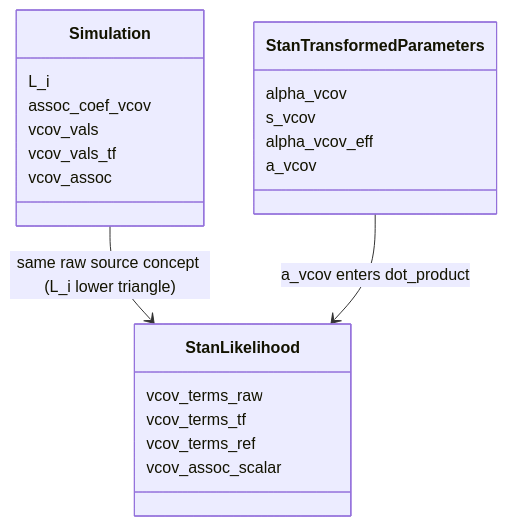
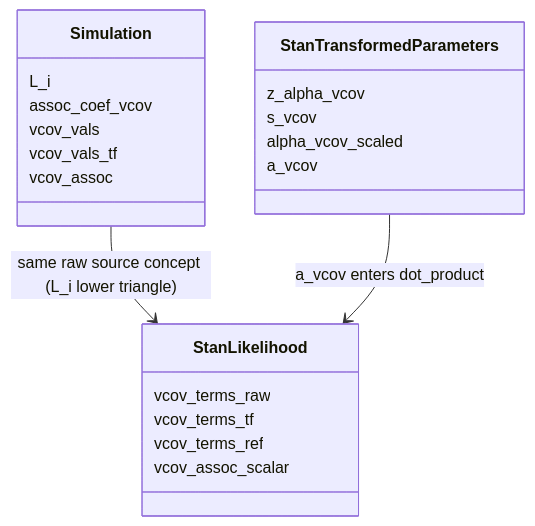
One commit to trinhdhk/joinme changed the second of 2 diagrams in notes/vcov-association-algorithm.qmd. Above: the diagram before and after it, drawn with Mermaid. The commit also changed other lines of this file and 204 other files, not shown here.

````diff
--- a/notes/vcov-association-algorithm.qmd
+++ b/notes/vcov-association-algorithm.qmd
@@ -369,27 +375,27 @@
 ```{mermaid}
 classDiagram
   class Simulation {
     L_i
     assoc_coef_vcov
     vcov_vals
     vcov_vals_tf
     vcov_assoc
   }
 
   class StanTransformedParameters {
-    alpha_vcov
+    z_alpha_vcov
     s_vcov
-    alpha_vcov_eff
+    alpha_vcov_scaled
     a_vcov
   }
 
   class StanLikelihood {
     vcov_terms_raw
     vcov_terms_tf
     vcov_terms_ref
     vcov_assoc_scalar
   }
 
   Simulation --> StanLikelihood : same raw source concept (L_i lower triangle)
   StanTransformedParameters --> StanLikelihood : a_vcov enters dot_product
 ```
````
